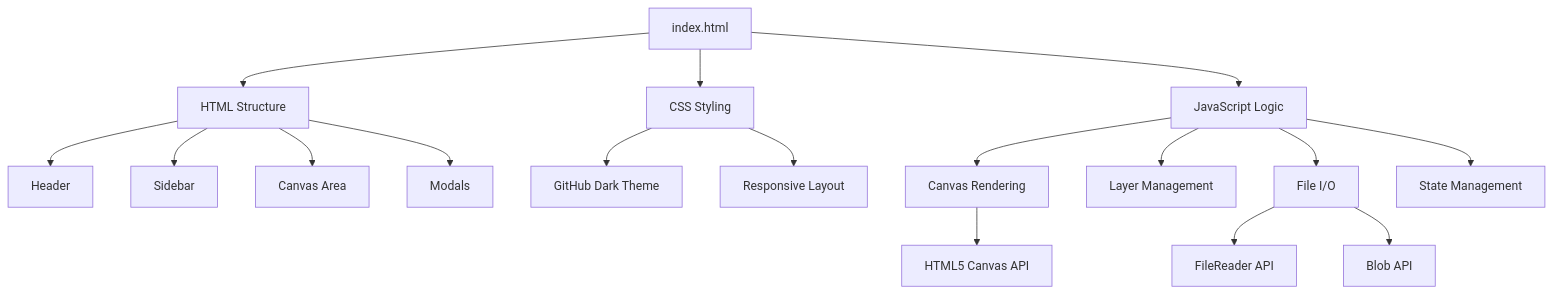
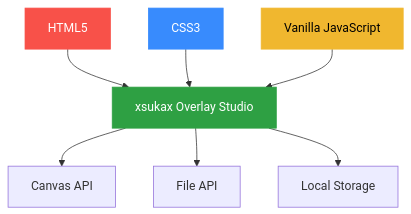
The fourth of 5 diagrams in README.md (xsukax/xsukax-Overlay-Studio), drawn with Mermaid before and after one commit. The commit also changed other lines of this file, not shown here.

````diff
--- a/README.md
+++ b/README.md
@@ -343,23 +383,13 @@
 ```mermaid
-graph TB
-    A[index.html] --> B[HTML Structure]
-    A --> C[CSS Styling]
-    A --> D[JavaScript Logic]
-    
-    B --> B1[Header]
-    B --> B2[Sidebar]
-    B --> B3[Canvas Area]
-    B --> B4[Modals]
-    
-    C --> C1[GitHub Dark Theme]
-    C --> C2[Responsive Layout]
-    
-    D --> D1[Canvas Rendering]
-    D --> D2[Layer Management]
-    D --> D3[File I/O]
-    D --> D4[State Management]
-    
-    D1 --> E[HTML5 Canvas API]
-    D3 --> F[FileReader API]
-    D3 --> G[Blob API]
+graph TD
+    A[HTML5] --> D[xsukax Overlay Studio]
+    B[CSS3] --> D
+    C[Vanilla JavaScript] --> D
+    D --> E[Canvas API]
+    D --> F[File API]
+    D --> G[Local Storage]
+    style A fill:#f85149,stroke:#f85149,color:#fff
+    style B fill:#388bfd,stroke:#388bfd,color:#fff
+    style C fill:#f0b72f,stroke:#f0b72f,color:#000
+    style D fill:#2ea043,stroke:#2ea043,color:#fff
 ```
````
